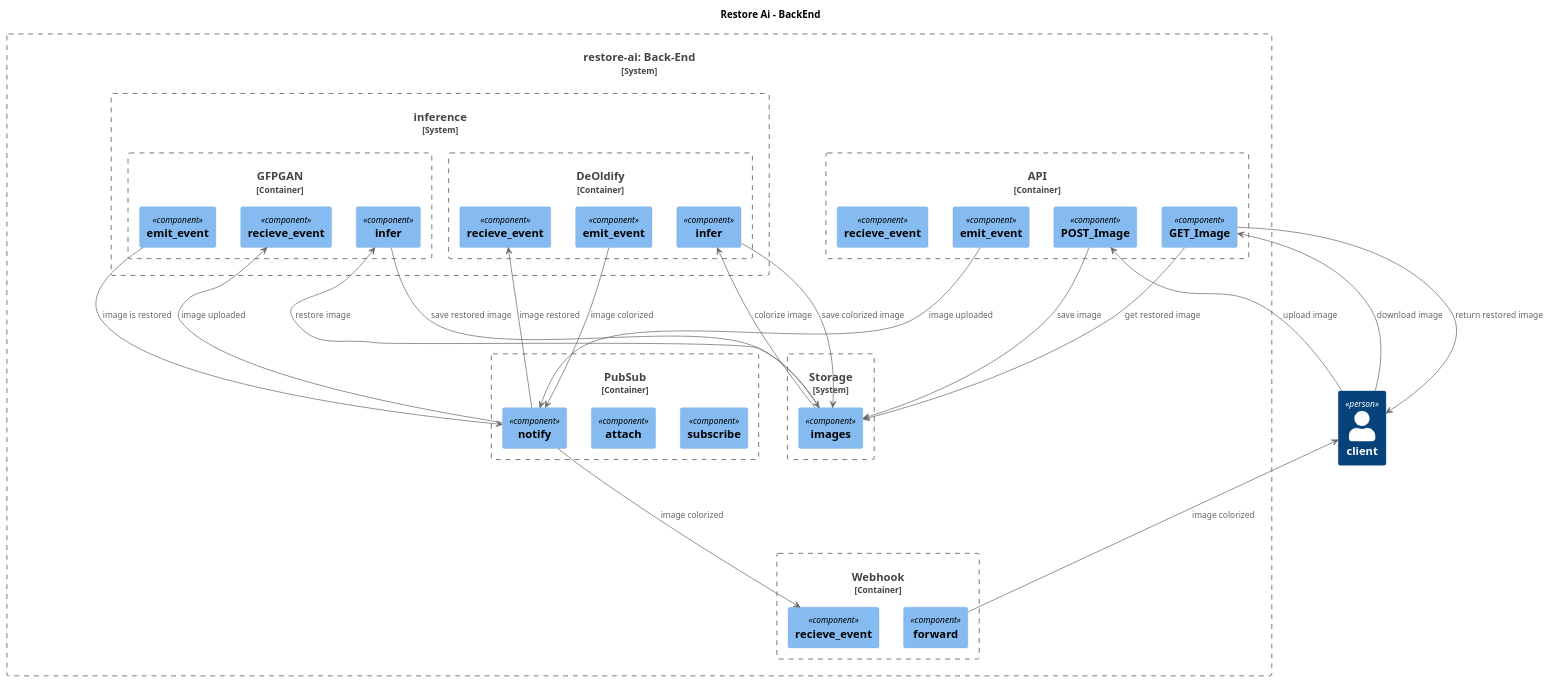
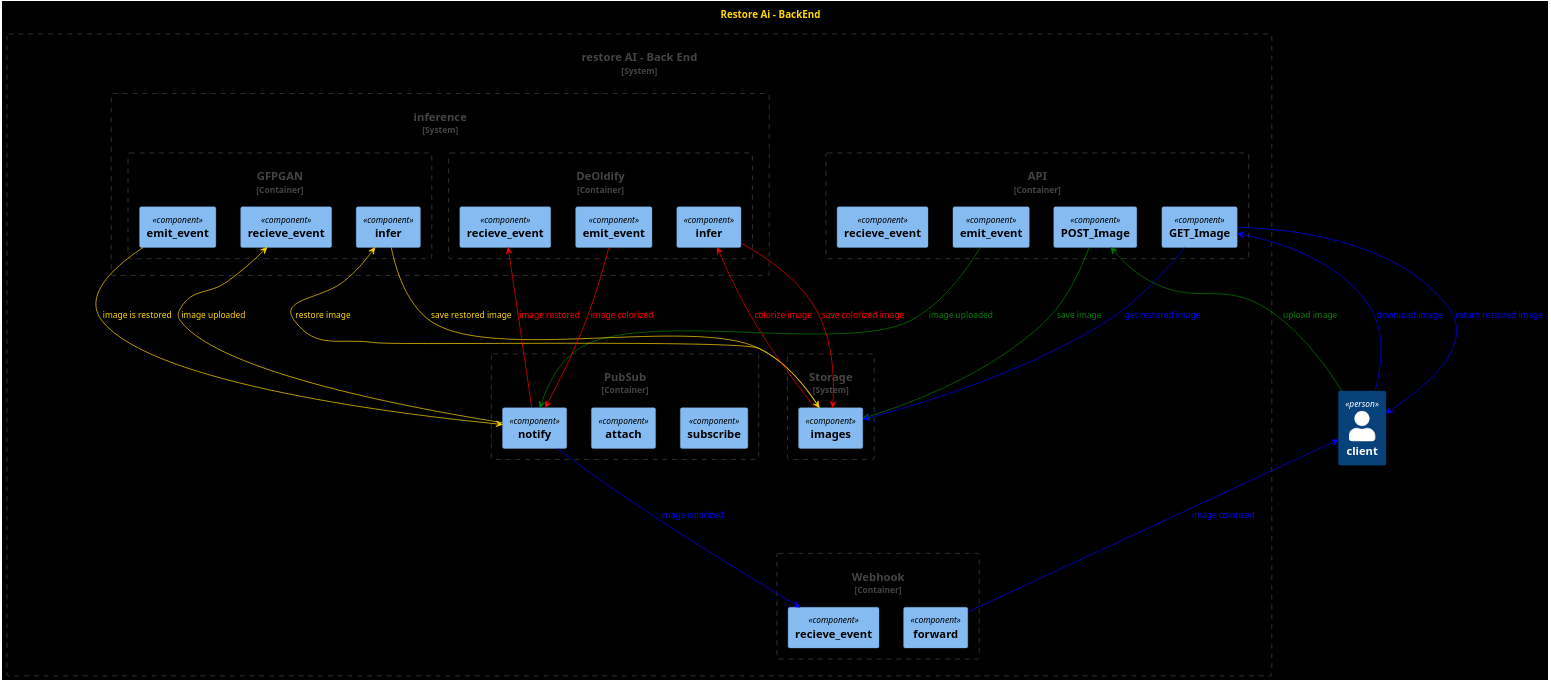
One commit to maxamed1st/restoreai-py changed the diagram in planning/inference-flow.puml. Above: the diagram before and after it, drawn with PlantUML. The commit also changed 1 other file, not shown here.

```diff
--- a/planning/inference-flow.puml
+++ b/planning/inference-flow.puml
@@ -1,73 +1,84 @@
 @startuml inference-flow
 
 title Restore Ai - BackEnd
 
 set separator none
 
 !include <C4/C4>
 !include <C4/C4_Context>
 !include <C4/C4_Component>
 
+skinparam BackgroundColor black
+skinparam DefaultFontColor gold
+
 Person(client, "client")
 
-System_Boundary(backend, "restore-ai: Back-End") {
+System_Boundary(backend, "restore AI - Back End") {
 
   Container_Boundary(api, "API") {
     Component(api.postImg, "POST_Image")
     Component(api.getImg, "GET_Image")
     Component(api.emit, "emit_event")
     Component(api.recieve, "recieve_event")
   }
 
   Container_Boundary(pubsub, "PubSub") {
     Component(pubsub.susbscribe, "subscribe")
     Component(pubsub.attach, "attach")
     Component(pubsub.notify, "notify")
   }
 
   Container_Boundary(webhook, "Webhook") {
     Component(webhook.recieve, "recieve_event")
     Component(webhook.forward, "forward")
   }
 
   System_Boundary(storage, "Storage") {
     Component(storage.images, "images")
   }
 
   System_Boundary(inference, "inference") {
     Container_Boundary(gfpgan, "GFPGAN") {
       Component(gfpgan.recieve, "recieve_event")
       Component(gfpgan.infer, "infer")
       Component(gfpgan.emit, "emit_event")
     }
 
     Container_Boundary(DeOldify, "DeOldify") {
       Component(DeOldify.recieve, "recieve_event")
       Component(DeOldify.infer, "infer")
       Component(DeOldify.emit, "emit_event")
     }
   }
 
   'upload image
+  skinparam ArrowFontColor green
+  skinparam ArrowColor green
   client ---> api.postImg: "upload image"
   api.postImg ---> storage.images: "save image"
   api.emit ---> pubsub.notify: "image uploaded"
   'restore image
+  skinparam ArrowFontColor gold
+  skinparam ArrowColor gold
   pubsub.notify ---> gfpgan.recieve: "image uploaded"
   gfpgan.infer <--- storage.images: "restore image"
   gfpgan.infer ---> storage.images: "save restored image"
   gfpgan.emit ---> pubsub.notify: "image is restored"
   'colorize image
+  skinparam ArrowFontColor red
+  skinparam ArrowColor red
   pubsub.notify ---> DeOldify.recieve: "image restored"
   DeOldify.infer <--- storage.images: "colorize image"
   DeOldify.infer ---> storage.images: "save colorized image"
   DeOldify.emit ---> pubsub.notify: "image colorized"
   'return restored image to client
+  skinparam ArrowFontColor blue
+  skinparam ArrowColor blue
   pubsub.notify ---> webhook.recieve: "image colorized"
   webhook.forward ---> client: "image colorized"
   client ---> api.getImg: "download image"
   api.getImg ---> storage.images: "get restored image"
   api.getImg ---> client: "return restored image"
 }
 
 @enduml
```
